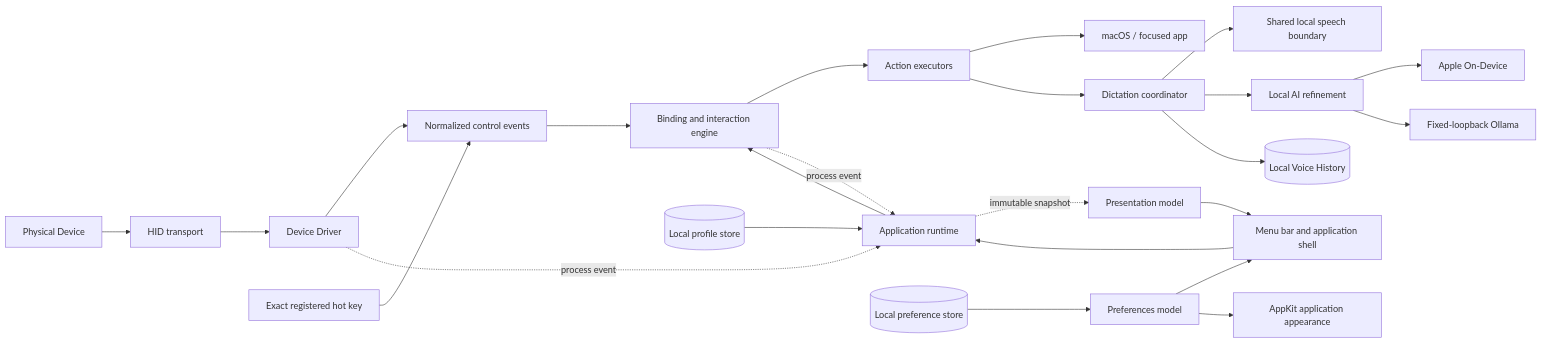
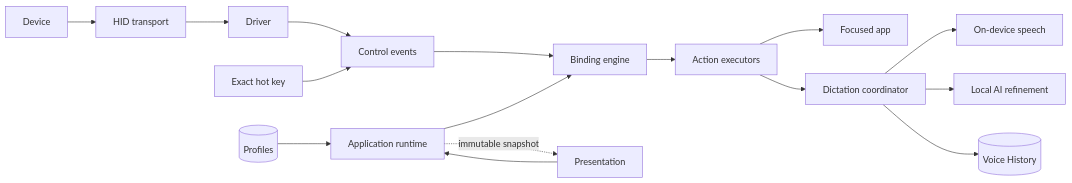
One commit to MarcusJRLee/hardware_controller changed the diagram in docs/architecture.md. Above: the diagram before and after it, drawn with Mermaid. The commit also changed other lines of this file and 19 other files, not shown here.

````diff
--- a/docs/architecture.md
+++ b/docs/architecture.md
@@ -7,27 +8,14 @@
 ```mermaid
 flowchart LR
-  DEVICE[Physical Device] --> HID[HID transport]
-  HID --> DRIVER[Device Driver]
-  DRIVER --> EVENTS[Normalized control events]
-  HOTKEY[Exact registered hot key] --> EVENTS
-  EVENTS --> ENGINE[Binding and interaction engine]
-  PROFILE[(Local profile store)] --> RUNTIME[Application runtime]
-  RUNTIME --> ENGINE
-  ENGINE --> ACTIONS[Action executors]
-  ACTIONS --> MACOS[macOS / focused app]
+  DEVICE[Device] --> HID[HID transport] --> DRIVER[Driver] --> EVENTS[Control events]
+  HOTKEY[Exact hot key] --> EVENTS
+  EVENTS --> ENGINE[Binding engine] --> ACTIONS[Action executors]
+  ACTIONS --> TARGET[Focused app]
   ACTIONS --> DICTATION[Dictation coordinator]
-  DICTATION --> SPEECH[Shared local speech boundary]
-  DICTATION --> REFINEMENT[Local AI refinement]
-  DICTATION --> HISTORY[(Local Voice History)]
-  REFINEMENT --> APPLE[Apple On-Device]
-  REFINEMENT --> OLLAMA[Fixed-loopback Ollama]
-
-  DRIVER -. process event .-> RUNTIME
-  ENGINE -. process event .-> RUNTIME
-  RUNTIME -. immutable snapshot .-> PRESENTATION[Presentation model]
-  PRESENTATION --> UI[Menu bar and application shell]
+  DICTATION --> SPEECH[On-device speech]
+  DICTATION --> REFINE[Local AI refinement]
+  DICTATION --> HISTORY[(Voice History)]
+  PROFILE[(Profiles)] --> RUNTIME[Application runtime] --> ENGINE
+  RUNTIME -. immutable snapshot .-> UI[Presentation]
   UI --> RUNTIME
-  PREFERENCES[(Local preference store)] --> PREF_MODEL[Preferences model]
-  PREF_MODEL --> UI
-  PREF_MODEL --> APPEARANCE[AppKit application appearance]
 ```
````
